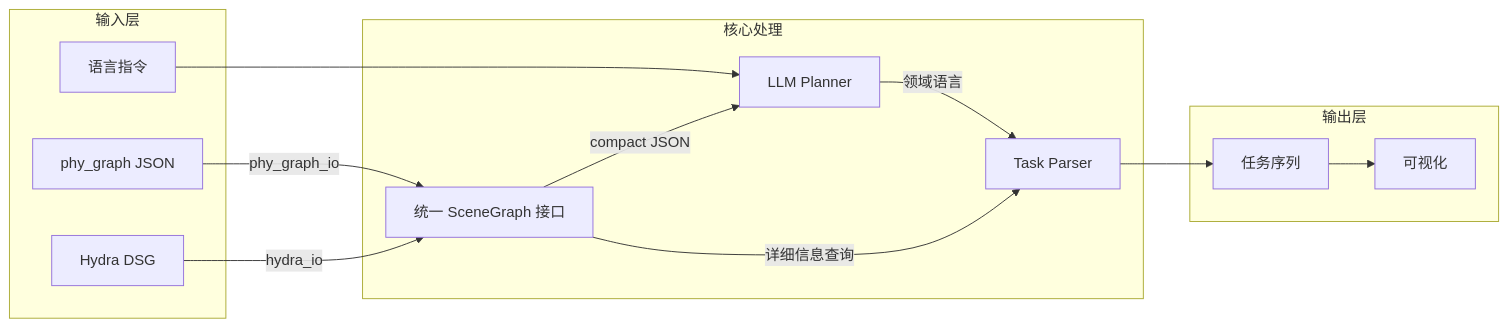
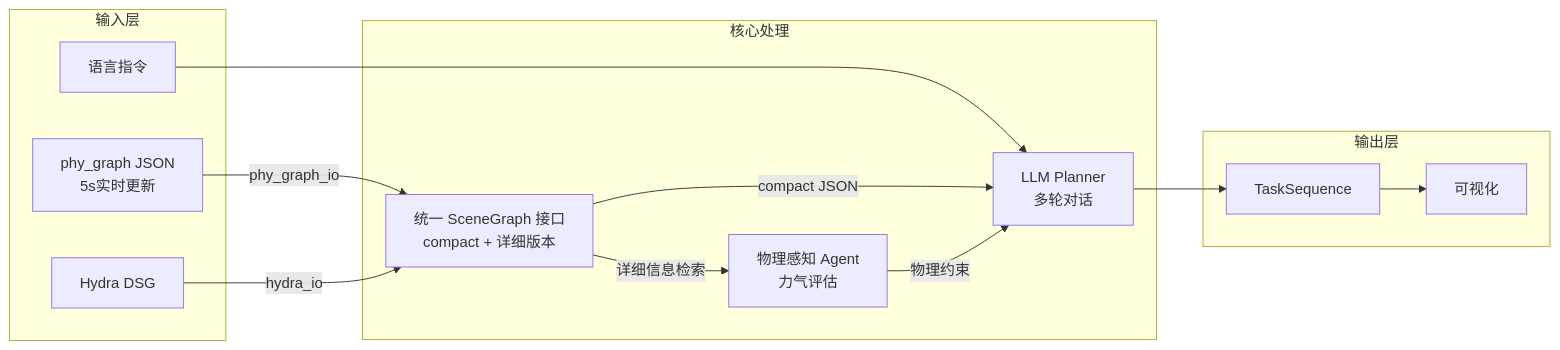
The diagram in phy_plan/README.MD (KamwingChan/Hydra_exp), drawn with Mermaid before and after one commit. The commit also changed other lines of this file and 57 other files, not shown here.

````diff
--- a/phy_plan/README.MD
+++ b/phy_plan/README.MD
@@ -5,28 +13,28 @@
 ```mermaid
 flowchart LR
     subgraph Input [输入层]
         A[语言指令]
-        B[phy_graph JSON]
+        B[phy_graph JSON<br/>5s实时更新]
         C[Hydra DSG]
     end
     
     subgraph Core [核心处理]
-        D[统一 SceneGraph 接口]
-        E[LLM Planner]
-        F[Task Parser]
+        D[统一 SceneGraph 接口<br/>compact + 详细版本]
+        E[物理感知 Agent<br/>力气评估]
+        F[LLM Planner<br/>多轮对话]
     end
     
     subgraph Output [输出层]
-        G[任务序列]
+        G[TaskSequence]
         H[可视化]
     end
     
-    A --> E
+    A --> F
     B -->|phy_graph_io| D
     C -->|hydra_io| D
-    D -->|compact JSON| E
-    D -->|详细信息查询| F
-    E -->|领域语言| F
+    D -->|compact JSON| F
+    D -->|详细信息检索| E
+    E -->|物理约束| F
     F --> G
     G --> H
 ```
````
